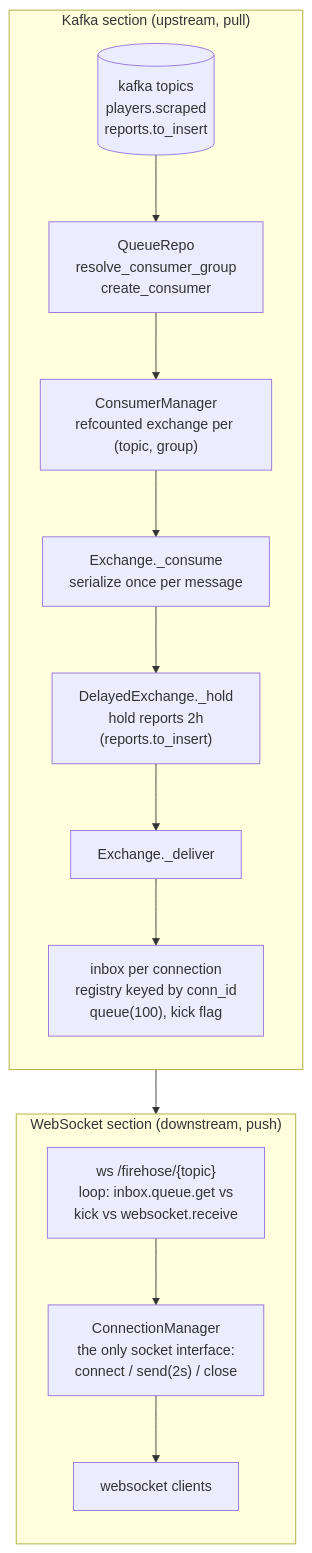
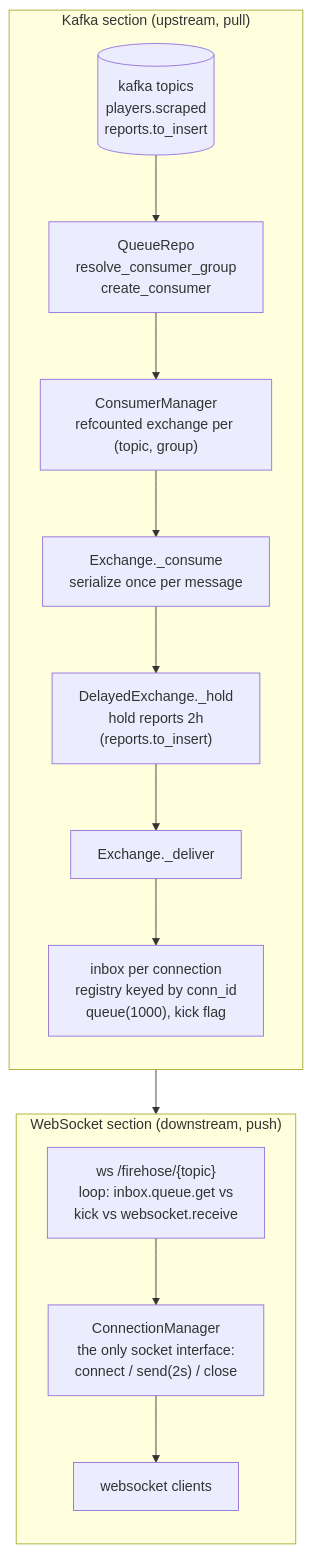
One commit to Bot-detector/bot_detector changed the first of 2 diagrams in bases/bot_detector/firehose/README.md. Above: the diagram before and after it, drawn with Mermaid. The commit also changed other lines of this file and 26 other files, not shown here.

````diff
--- a/bases/bot_detector/firehose/README.md
+++ b/bases/bot_detector/firehose/README.md
@@ -9,25 +9,25 @@
 ```mermaid
 flowchart TB
     subgraph KAFKA["Kafka section (upstream, pull)"]
         direction TB
         KT[("kafka topics<br>players.scraped<br>reports.to_insert")]
         QR["QueueRepo<br>resolve_consumer_group<br>create_consumer"]
         CMGR["ConsumerManager<br>refcounted exchange per (topic, group)"]
         CONSUME["Exchange._consume<br>serialize once per message"]
         HOLD["DelayedExchange._hold<br>hold reports 2h<br>(reports.to_insert)"]
         DELIVER["Exchange._deliver"]
-        INBOX["inbox per connection<br>registry keyed by conn_id<br>queue(100), kick flag"]
+        INBOX["inbox per connection<br>registry keyed by conn_id<br>queue(1000), kick flag"]
 
         KT --> QR --> CMGR --> CONSUME --> HOLD --> DELIVER --> INBOX
     end
 
     subgraph WS["WebSocket section (downstream, push)"]
         direction TB
         ROUTE["ws /firehose/{topic}<br>loop: inbox.queue.get vs<br>kick vs websocket.receive"]
         CONNM["ConnectionManager<br>the only socket interface:<br>connect / send(2s) / close"]
         CLIENTS["websocket clients"]
 
         ROUTE --> CONNM --> CLIENTS
         INBOX --> ROUTE
     end
 ```
````
